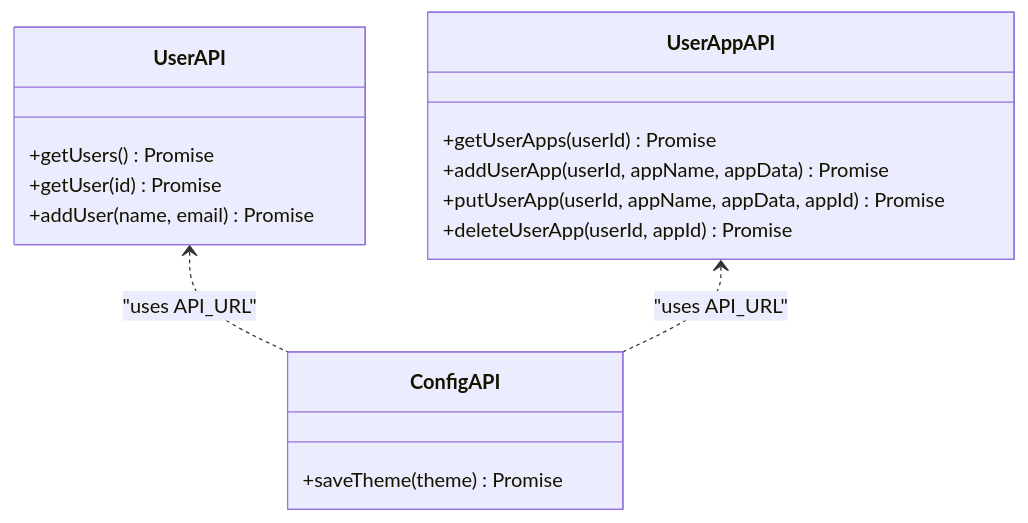
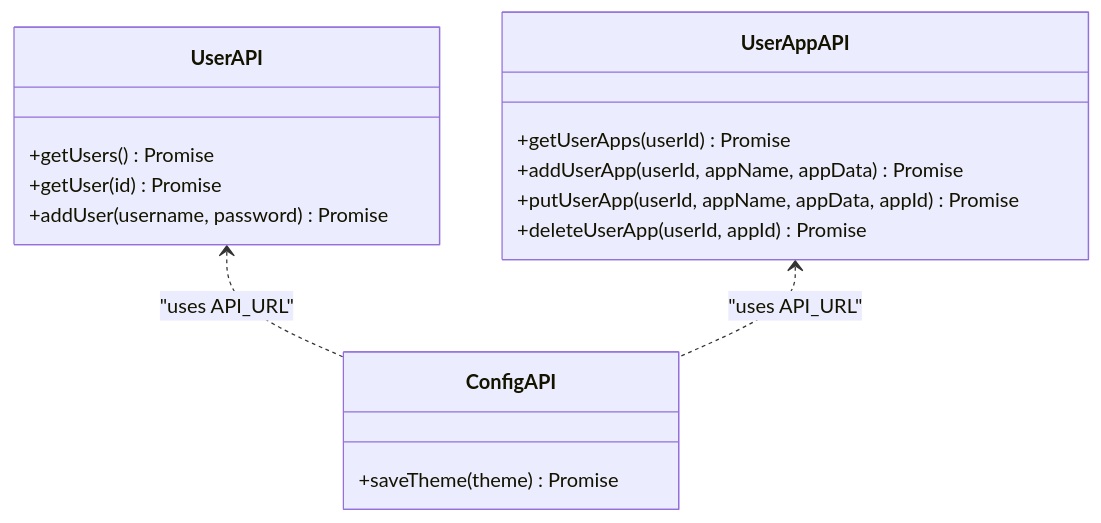
Before and after one commit to xinyo/startora: the sixth of 8 diagrams in .qoder/repowiki/en/content/Backend API Server/Authentication & Authorization.md, drawn with Mermaid. The commit also changed other lines of this file and 19 other files, not shown here.

````diff
--- a/.qoder/repowiki/en/content/Backend API Server/Authentication & Authorization.md
+++ b/.qoder/repowiki/en/content/Backend API Server/Authentication & Authorization.md
@@ -269,19 +253,19 @@
 ```mermaid
 classDiagram
 class UserAPI {
 +getUsers() Promise<User[]>
 +getUser(id) Promise<User>
-+addUser(name, email) Promise<User>
++addUser(username, password) Promise<User>
 }
 class UserAppAPI {
 +getUserApps(userId) Promise<App[]>
 +addUserApp(userId, appName, appData) Promise<App>
 +putUserApp(userId, appName, appData, appId) Promise<App>
 +deleteUserApp(userId, appId) Promise<void>
 }
 class ConfigAPI {
 +saveTheme(theme) Promise<Theme>
 }
 UserAPI <.. ConfigAPI : "uses API_URL"
 UserAppAPI <.. ConfigAPI : "uses API_URL"
 ```
````
